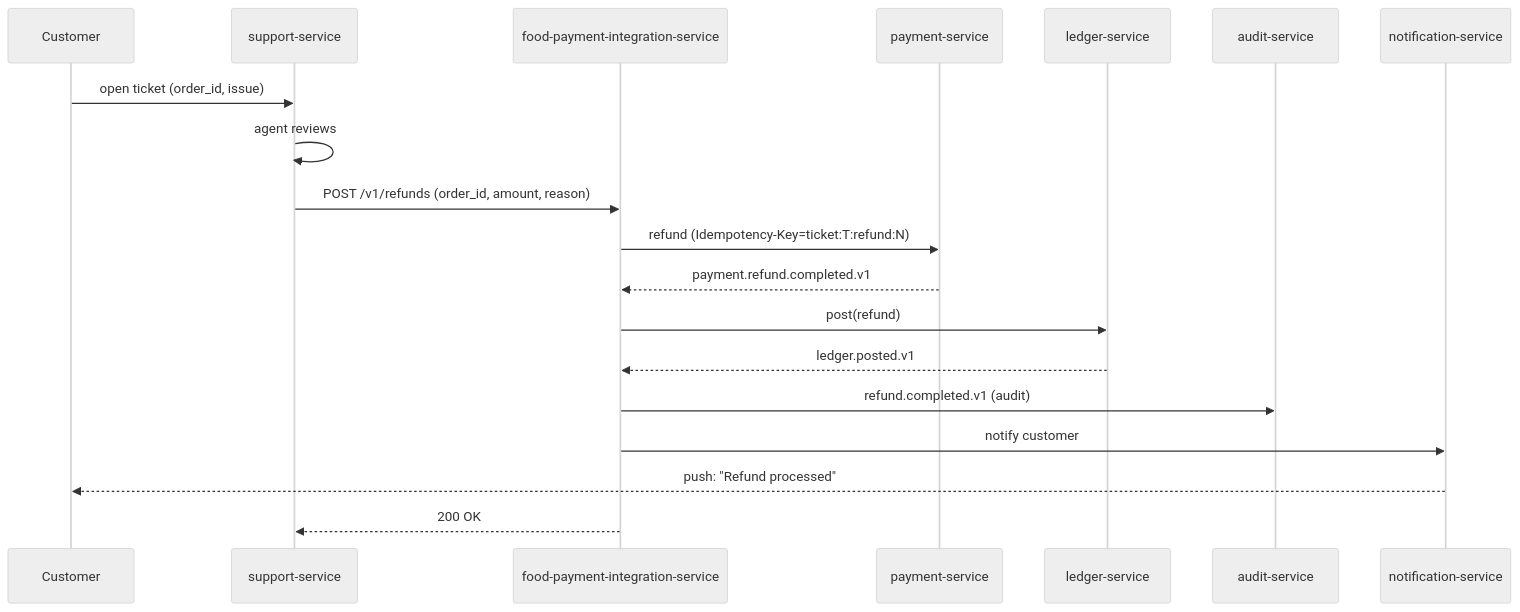
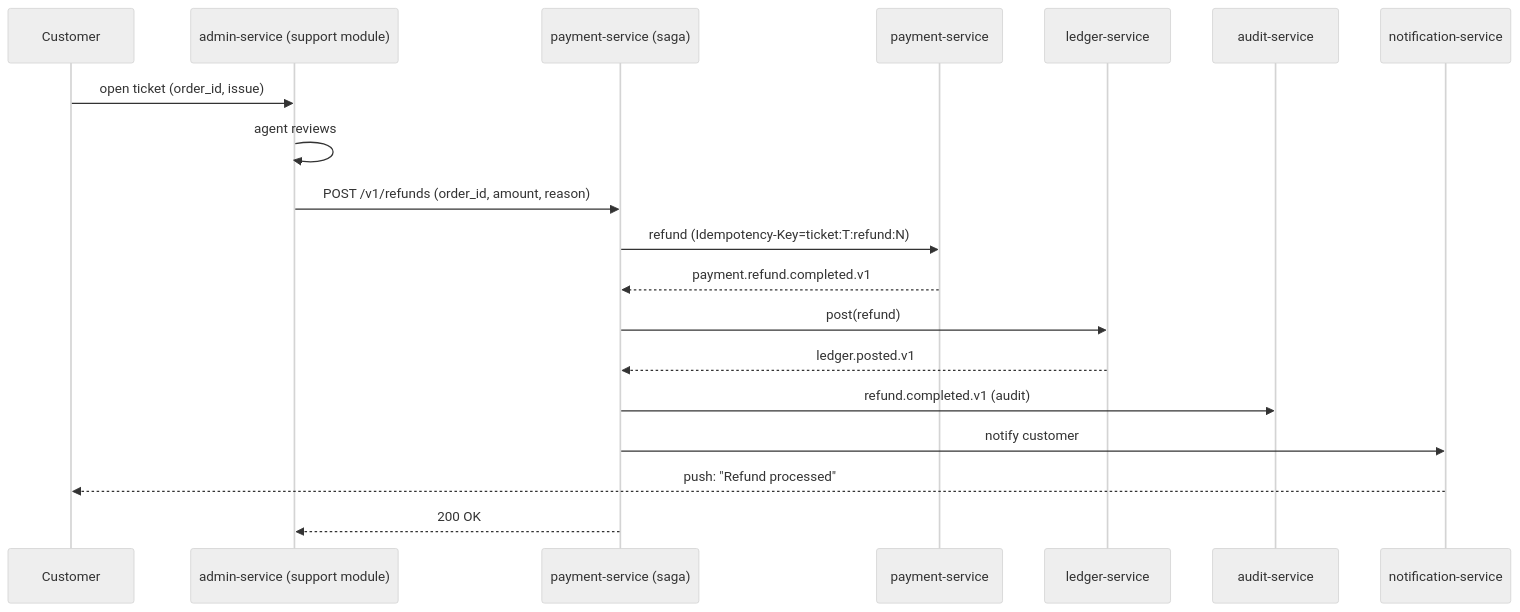
Before and after one commit to mohamedhabibwork/trips-enjoy-docs: the second of 6 diagrams in docs/workflows/REFUND_WORKFLOWS.md, drawn with Mermaid (neutral theme). The commit also changed other lines of this file and 525 other files, not shown here.

````diff
--- a/docs/workflows/REFUND_WORKFLOWS.md
+++ b/docs/workflows/REFUND_WORKFLOWS.md
@@ -49,22 +52,22 @@
 ```mermaid
 sequenceDiagram
     participant C as Customer
-    participant SUP as support-service
-    participant FPI as food-payment-integration-service
+    participant ADM as admin-service (support module)
+    participant SAGA as payment-service (saga)
     participant PAY as payment-service
     participant LD as ledger-service
     participant AUD as audit-service
     participant NOT as notification-service
 
-    C->>SUP: open ticket (order_id, issue)
-    SUP->>SUP: agent reviews
-    SUP->>FPI: POST /v1/refunds (order_id, amount, reason)
-    FPI->>PAY: refund (Idempotency-Key=ticket:T:refund:N)
-    PAY-->>FPI: payment.refund.completed.v1
-    FPI->>LD: post(refund)
-    LD-->>FPI: ledger.posted.v1
-    FPI->>AUD: refund.completed.v1 (audit)
-    FPI->>NOT: notify customer
+    C->>ADM: open ticket (order_id, issue)
+    ADM->>ADM: agent reviews
+    ADM->>SAGA: POST /v1/refunds (order_id, amount, reason)
+    SAGA->>PAY: refund (Idempotency-Key=ticket:T:refund:N)
+    PAY-->>SAGA: payment.refund.completed.v1
+    SAGA->>LD: post(refund)
+    LD-->>SAGA: ledger.posted.v1
+    SAGA->>AUD: refund.completed.v1 (audit)
+    SAGA->>NOT: notify customer
     NOT-->>C: push: "Refund processed"
-    FPI-->>SUP: 200 OK
+    SAGA-->>ADM: 200 OK
 ```
````
